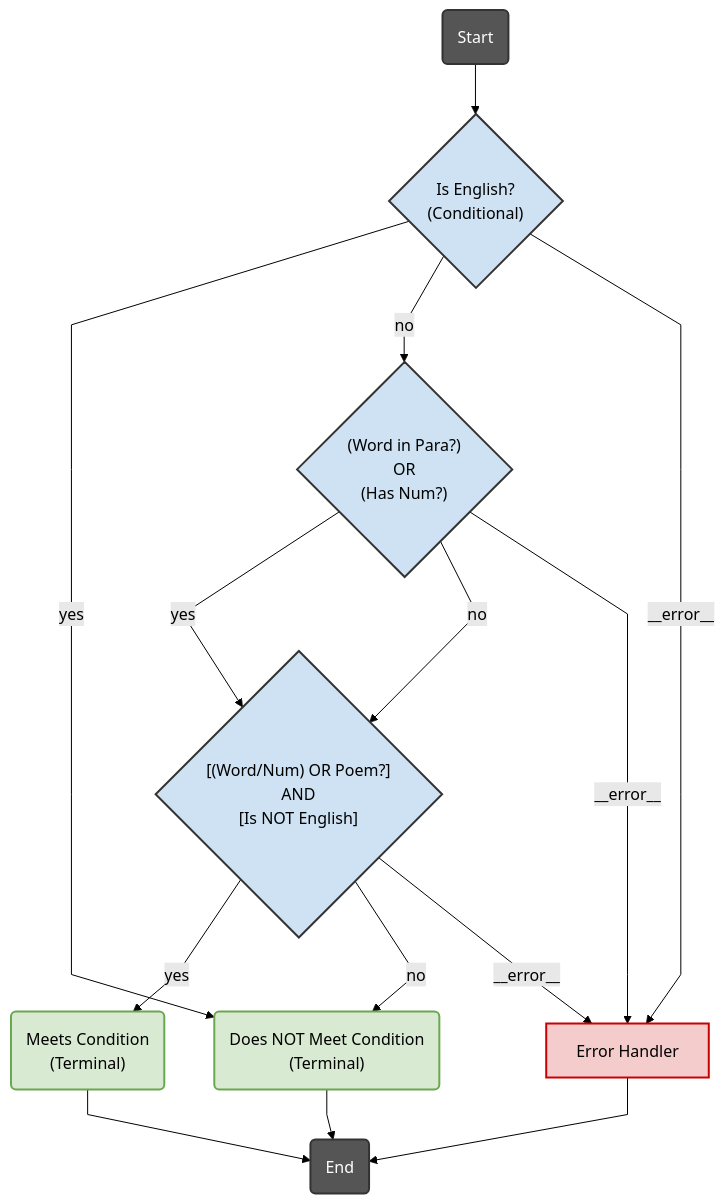
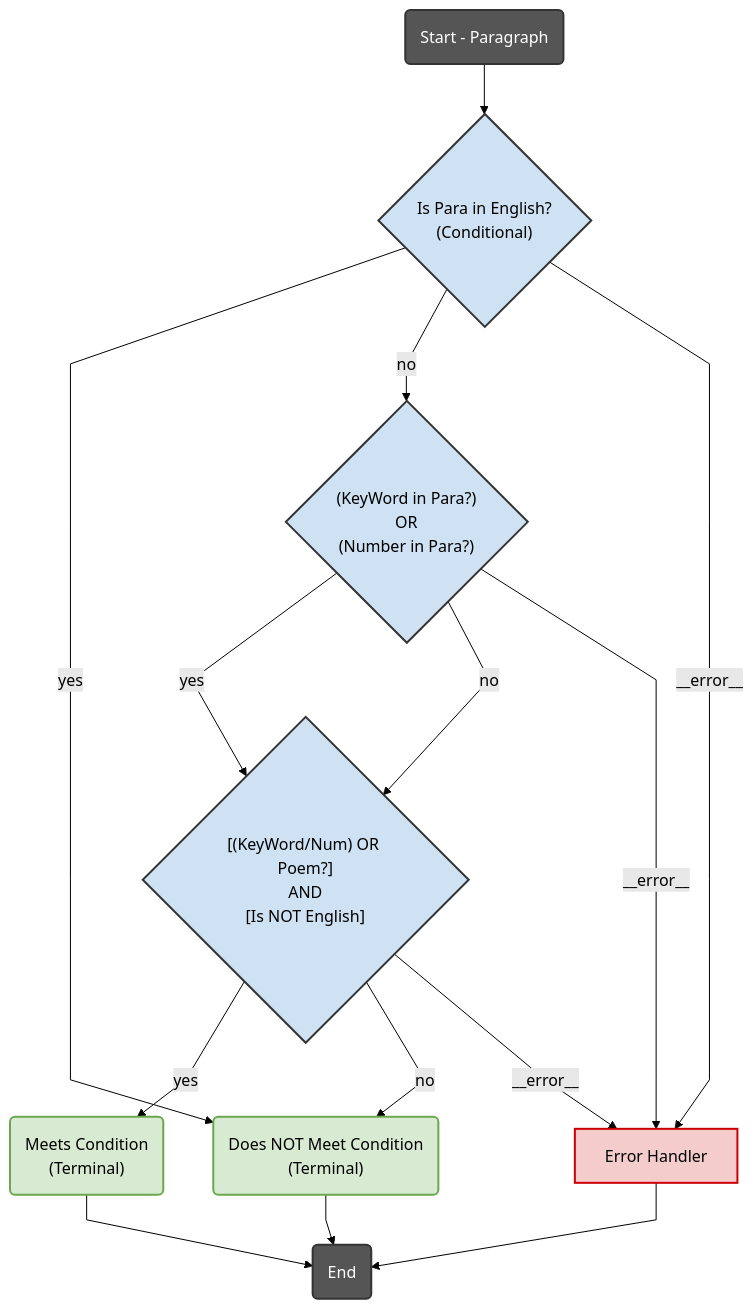
One commit to wilmandj/langgraph_decision_engine changed the first of 2 diagrams in README.md. Above: the diagram before and after it, drawn with Mermaid (forest theme).

````diff
--- a/README.md
+++ b/README.md
@@ -88,57 +88,57 @@
 ```mermaid
 ---
 config:
   flowchart:
     curve: linear
 ---
 graph TD;
     %% Node Definitions (Simplified Syntax with <br/> and Abstraction)
-    __start__("Start"):::startEndNode
-    wp_check_is_english{"Is English?<br/>(Conditional)"}:::conditionalNode
-    wp_check_word_or_num{"(Word in Para?)<br/>OR<br/>(Has Num?)"}:::conditionalNode
+    __start__("Start - Paragraph"):::startEndNode
+    wp_check_is_english{"Is Para in English?<br/>(Conditional)"}:::conditionalNode
+    wp_check_word_or_num{"(KeyWord in Para?)<br/>OR<br/>(Number in Para?)"}:::conditionalNode
       %% Abstracted Node 1
-    wp_check_final_condition{"[(Word/Num) OR Poem?]<br/>AND<br/>[Is NOT English]"}:::conditionalNode
+    wp_check_final_condition{"[(KeyWord/Num) OR Poem?]<br/>AND<br/>[Is NOT English]"}:::conditionalNode
       %% Abstracted Node 2 (Represents final AND logic outcome)
     wp_terminal_meets_condition("Meets Condition<br/>(Terminal)"):::terminalNode
     wp_terminal_does_not_meet_condition("Does NOT Meet Condition<br/>(Terminal)"):::terminalNode
     wp_error_handler_complex["Error Handler"]:::errorNode
     __end__("End"):::startEndNode
 
     %% Edges (Connections - Manually Rerouted for Abstraction)
     __start__ --> wp_check_is_english
 
     wp_error_handler_complex --> __end__
     wp_terminal_does_not_meet_condition --> __end__
     wp_terminal_meets_condition --> __end__
 
     %% If English, fails condition
     wp_check_is_english -- "yes" --> wp_terminal_does_not_meet_condition
     %% If not English, check the combined Word/Number condition
     wp_check_is_english -- "no" --> wp_check_word_or_num
     wp_check_is_english -- "__error__" --> wp_error_handler_complex
       %% Error from initial check
 
     %% After checking Word OR Num, check the final combined condition (including Is Poem?)
     wp_check_word_or_num -- "yes" --> wp_check_final_condition
     wp_check_word_or_num -- "no" --> wp_check_final_condition
     wp_check_word_or_num -- "__error__" --> wp_error_handler_complex
       %% Represent potential errors from underlying checks
 
     %% Route based on the final abstracted condition result
     wp_check_final_condition -- "yes" --> wp_terminal_meets_condition
     wp_check_final_condition -- "no" --> wp_terminal_does_not_meet_condition
     wp_check_final_condition -- "__error__" --> wp_error_handler_complex
       %% Represent potential errors from underlying checks
 
 
     %% Class Definitions (Styling - Kept the same)
     classDef conditionalNode fill:#cfe2f3,stroke:#333,stroke-width:2px;
     classDef llmNode fill:#d9d2e9,stroke:#333,stroke-width:2px,color:#000000;
     classDef gateNode fill:#fce5cd,stroke:#e69138,stroke-width:2px;
     classDef terminalNode fill:#d9ead3,stroke:#6aa84f,stroke-width:2px;
     classDef actionNode fill:#f3f3f3,stroke:#666,stroke-width:2px,stroke-dasharray: 5 5;
     classDef classificationNode fill:#d0e0e3,stroke:#45818e,stroke-width:2px;
     classDef errorNode fill:#f4cccc,stroke:#cc0000,stroke-width:2px;
     classDef unknownNode fill:#eee,stroke:#333,stroke-width:1px;
     classDef startEndNode fill:#555,stroke:#333,stroke-width:2px,color:#fff;
 ```
````
